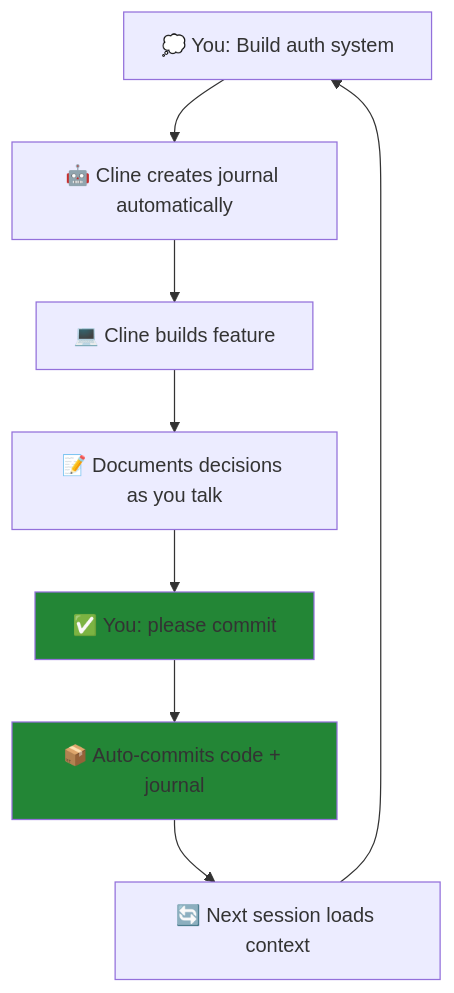
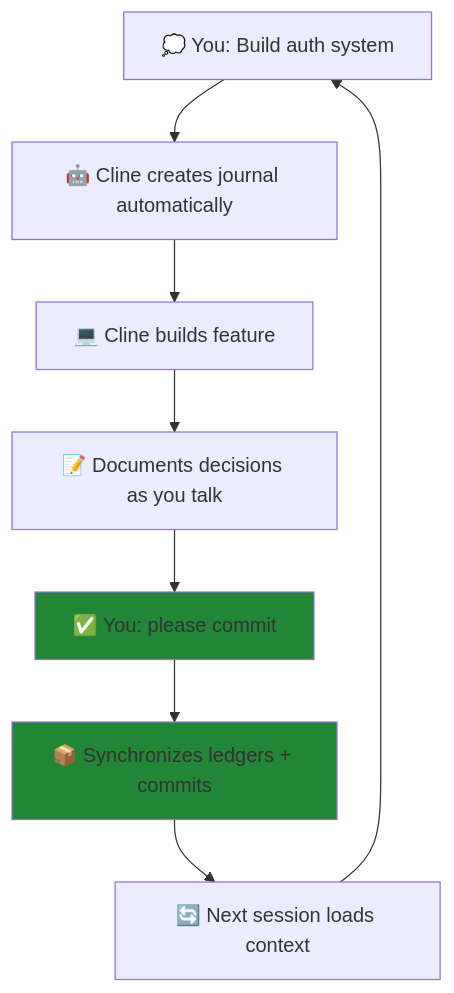
Before and after one commit to hassanvfx/clineflow: the second of 7 diagrams in README.md, drawn with Mermaid. The commit also changed other lines of this file and 28 other files, not shown here.

````diff
--- a/README.md
+++ b/README.md
@@ -275,12 +276,12 @@
 ```mermaid
 graph TD
     A[💭 You: Build auth system] --> B[🤖 Cline creates journal automatically]
     B --> C[💻 Cline builds feature]
     C --> D[📝 Documents decisions as you talk]
     D --> E[✅ You: please commit]
-    E --> F[📦 Auto-commits code + journal]
+    E --> F[📦 Synchronizes ledgers + commits]
     F --> G[🔄 Next session loads context]
     G --> A
     style E fill:#238636
     style F fill:#238636
 ```
````
